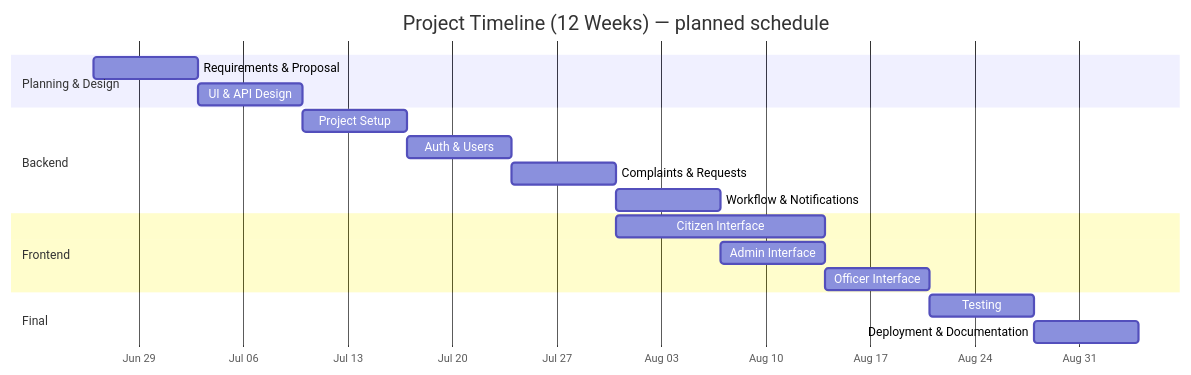
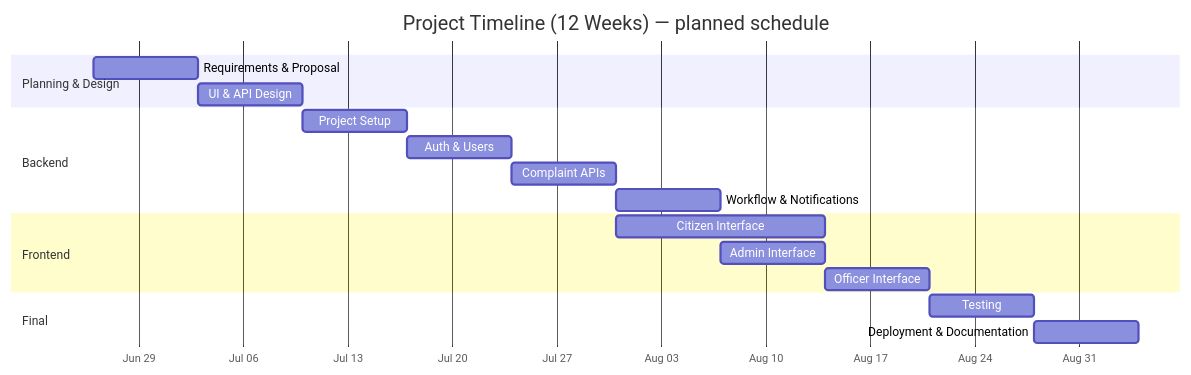
The sixth of 7 diagrams in Project_Proposal_Web_Based_Citizen_Complaint_and_Service_Request.md (esmaelmohammed-ux/Adama-city-citizen-complaint-and-request-management-system), drawn with Mermaid before and after one commit. The commit also changed other lines of this file and 72 other files, not shown here.

````diff
--- a/Project_Proposal_Web_Based_Citizen_Complaint_and_Service_Request.md
+++ b/Project_Proposal_Web_Based_Citizen_Complaint_and_Service_Request.md
@@ -919,25 +899,25 @@
 ```mermaid
 gantt
     title Project Timeline (12 Weeks) — planned schedule
     dateFormat YYYY-MM-DD
     axisFormat %b %d
 
     section Planning & Design
     Requirements & Proposal     :a1, 2025-06-26, 7d
     UI & API Design             :a2, after a1, 7d
 
     section Backend
     Project Setup               :b1, after a2, 7d
     Auth & Users                :b2, after b1, 7d
-    Complaints & Requests       :b3, after b2, 7d
+    Complaint APIs              :b3, after b2, 7d
     Workflow & Notifications    :b4, after b3, 7d
 
     section Frontend
     Citizen Interface           :c1, after b3, 14d
     Admin Interface             :c2, after b4, 7d
     Officer Interface           :c3, after c2, 7d
 
     section Final
     Testing                     :d1, after c3, 7d
     Deployment & Documentation  :d2, after d1, 7d
 ```
````
